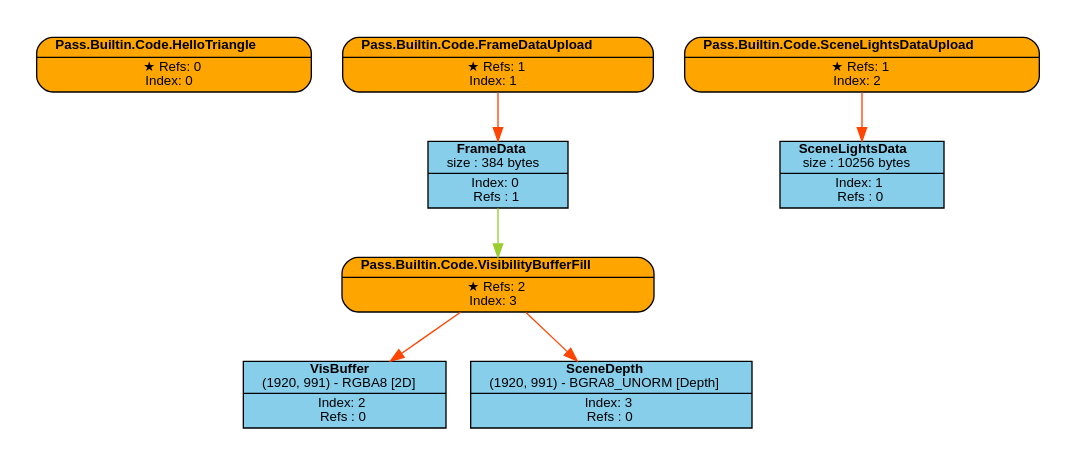
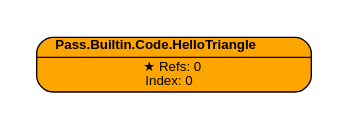
Before and after one commit to Pikachuxxxx/Razix: the diagram in Engine/content/FrameGraphs/data_driven_editor_test.dot, drawn with Graphviz. The commit also changed 98 other files, not shown here.

```diff
--- a/Engine/content/FrameGraphs/data_driven_editor_test.dot
+++ b/Engine/content/FrameGraphs/data_driven_editor_test.dot
@@ -1,43 +1,20 @@
 digraph FrameGraph {
 graph [style=invis, rankdir="TB" ordering=out, splines=spline]
 node [shape=record, fontname="helvetica", fontsize=10, margin="0.2,0.03"]
 
 P0 [label=<{ {<B>Pass.Builtin.Code.HelloTriangle</B>} | {&#x2605; Refs: 0<BR/> Index: 0} }> style="rounded,filled", fillcolor=orange]
-P1 [label=<{ {<B>Pass.Builtin.Code.FrameDataUpload</B>} | {&#x2605; Refs: 1<BR/> Index: 1} }> style="rounded,filled", fillcolor=orange]
-P2 [label=<{ {<B>Pass.Builtin.Code.SceneLightsDataUpload</B>} | {&#x2605; Refs: 1<BR/> Index: 2} }> style="rounded,filled", fillcolor=orange]
-P3 [label=<{ {<B>Pass.Builtin.Code.VisibilityBufferFill</B>} | {&#x2605; Refs: 2<BR/> Index: 3} }> style="rounded,filled", fillcolor=orange]
 
-R0_1 [label=<{ {<B>FrameData</B><BR/>size : 384 bytes} | {Index: 0<BR/>Refs : 1} }> style=filled, fillcolor=skyblue]
-R1_1 [label=<{ {<B>SceneLightsData</B><BR/>size : 10256 bytes} | {Index: 1<BR/>Refs : 0} }> style=filled, fillcolor=skyblue]
-R2_1 [label=<{ {<B>VisBuffer</B><BR/>(1920, 991) - RGBA8 [2D]} | {Index: 2<BR/>Refs : 0} }> style=filled, fillcolor=skyblue]
-R3_1 [label=<{ {<B>SceneDepth</B><BR/>(1920, 991) - BGRA8_UNORM [Depth]} | {Index: 3<BR/>Refs : 0} }> style=filled, fillcolor=skyblue]
 
 P0 -> { } [color=orangered]
-P1 -> { R0_1 } [color=orangered]
-P2 -> { R1_1 } [color=orangered]
-P3 -> { R2_1 R3_1 } [color=orangered]
 
-R0_1 -> { P3 } [color=olivedrab3]
-R1_1 -> { } [color=olivedrab3]
-R2_1 -> { } [color=olivedrab3]
-R3_1 -> { } [color=olivedrab3]
 
 subgraph cluster_0 {
 P0 
-}
-subgraph cluster_1 {
-P1 R0_1 
-}
-subgraph cluster_2 {
-P2 R1_1 
-}
-subgraph cluster_3 {
-P3 R2_1 R3_1 
 }
 
 subgraph cluster_imported_resources {
 graph [style=dotted, fontname="helvetica", label=< <B>Imported</B> >]
 
 }
 
 }
```
